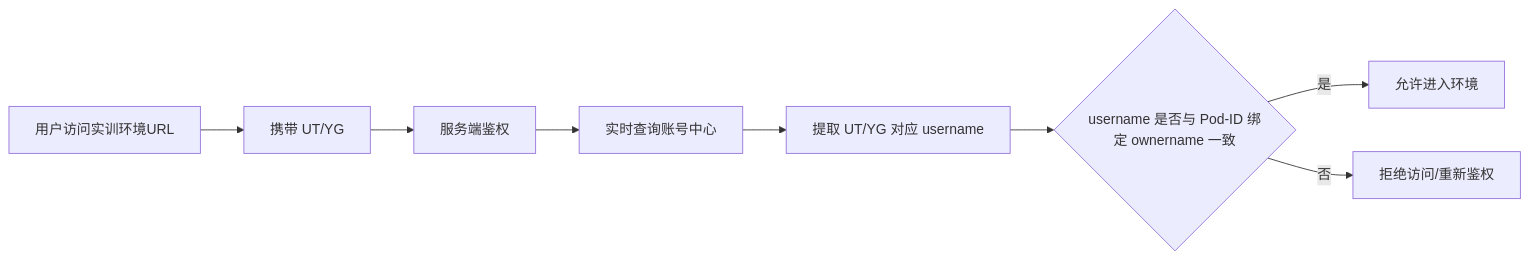
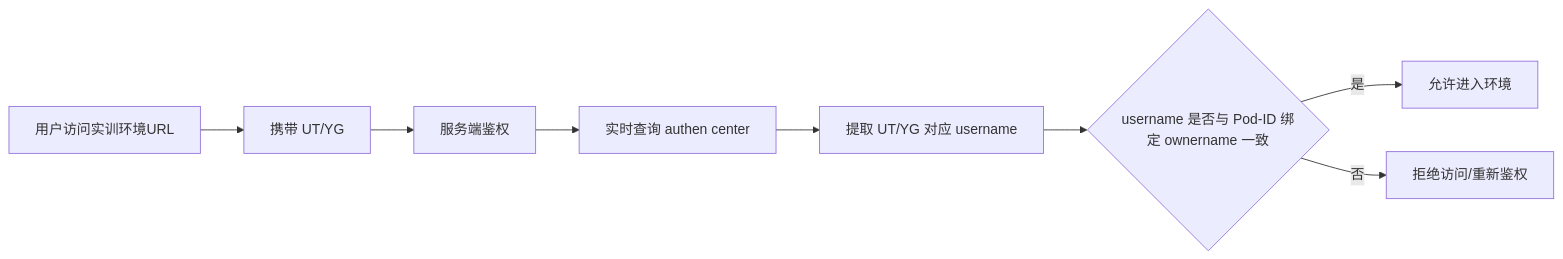
The diagram in opensourceways/backlog/issue_docs/151/Requirement Analysis/#151 Requirement Analysis Specification.md (GeorgeCao-hw/backlog-test), drawn with Mermaid before and after one commit. The commit also changed other lines of this file and 1 other file, not shown here.

````diff
--- a/opensourceways/backlog/issue_docs/151/Requirement Analysis/#151 Requirement Analysis Specification.md
+++ b/opensourceways/backlog/issue_docs/151/Requirement Analysis/#151 Requirement Analysis Specification.md
@@ -40,10 +40,10 @@
 ```mermaid
 flowchart LR
     A[用户访问实训环境URL] --> B[携带 UT/YG]
     B --> C[服务端鉴权]
-    C --> D[实时查询账号中心]
+    C --> D[实时查询 authen center]
     D --> E[提取 UT/YG 对应 username]
     E --> F{username 是否与 Pod-ID 绑定 ownername 一致}
     F -- 是 --> G[允许进入环境]
     F -- 否 --> H[拒绝访问/重新鉴权]
 ```
````
